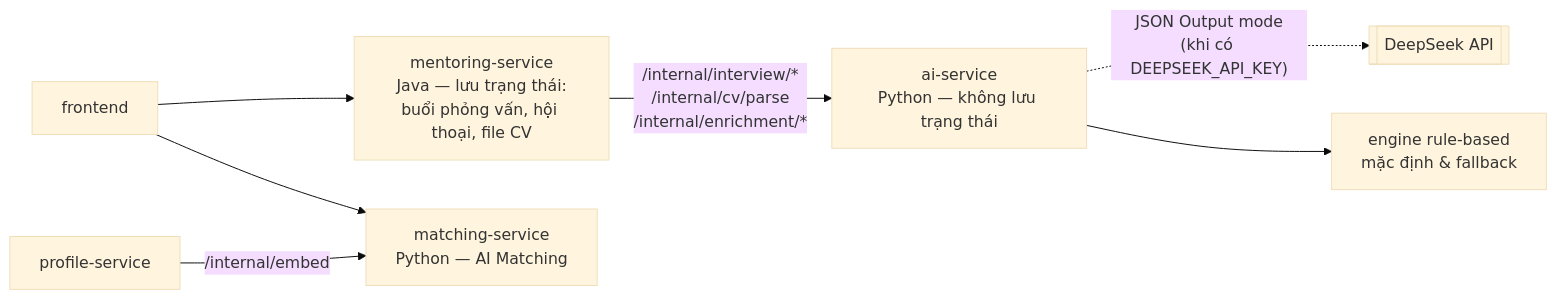
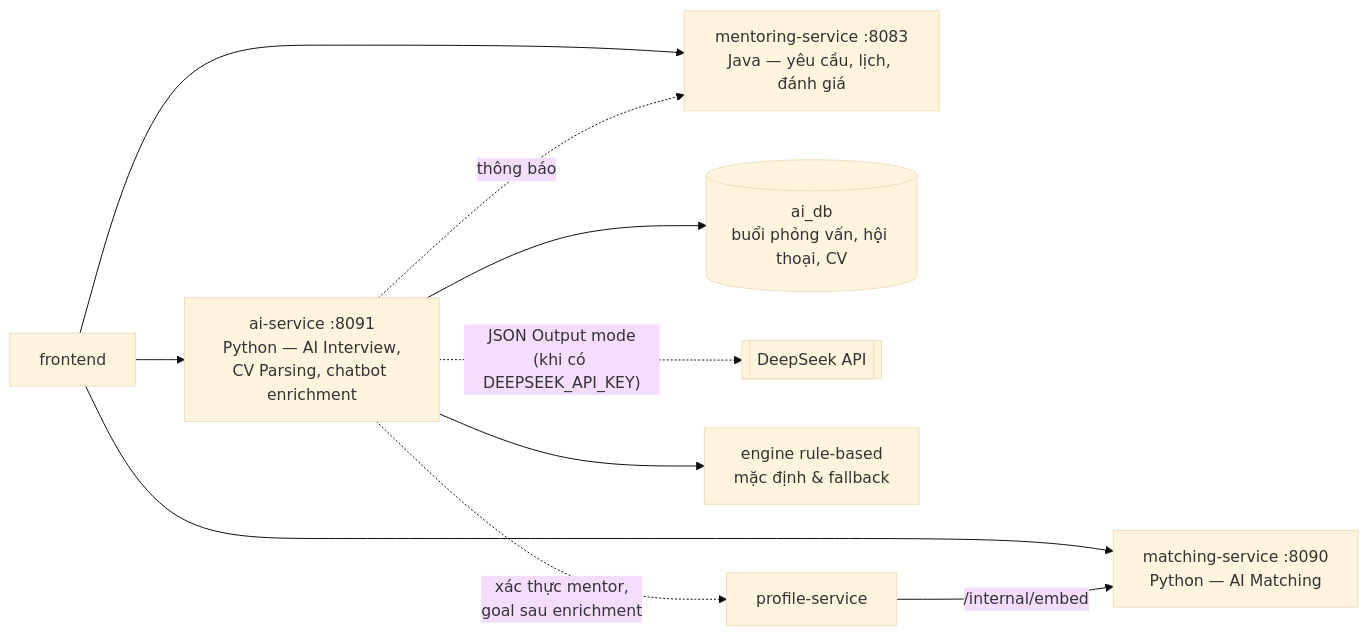
One commit to quangpham10212004/do_an_2026 changed the first of 5 diagrams in docs/ai-features.md. Above: the diagram before and after it, drawn with Mermaid (base theme). The commit also changed other lines of this file and 84 other files, not shown here.

````diff
--- a/docs/ai-features.md
+++ b/docs/ai-features.md
@@ -19,9 +19,12 @@
 ```mermaid
 flowchart LR
-    FE[frontend] --> MS[mentoring-service<br/>Java — lưu trạng thái:<br/>buổi phỏng vấn, hội thoại, file CV]
-    FE --> MT[matching-service<br/>Python — AI Matching]
-    MS -- "/internal/interview/*<br/>/internal/cv/parse<br/>/internal/enrichment/*" --> AI[ai-service<br/>Python — không lưu trạng thái]
+    FE[frontend] --> AI[ai-service :8091<br/>Python — AI Interview,<br/>CV Parsing, chatbot enrichment]
+    FE --> MT[matching-service :8090<br/>Python — AI Matching]
+    FE --> MS[mentoring-service :8083<br/>Java — yêu cầu, lịch, đánh giá]
+    AI --> AIDB[(ai_db<br/>buổi phỏng vấn, hội thoại, CV)]
     AI -. "JSON Output mode<br/>(khi có DEEPSEEK_API_KEY)" .-> DS[[DeepSeek API]]
     AI --> RB[engine rule-based<br/>mặc định & fallback]
-    PS[profile-service] -- /internal/embed --> MT
+    AI -. "xác thực mentor,<br/>goal sau enrichment" .-> PS[profile-service]
+    AI -. "thông báo" .-> MS
+    PS -- /internal/embed --> MT
 ```
````
